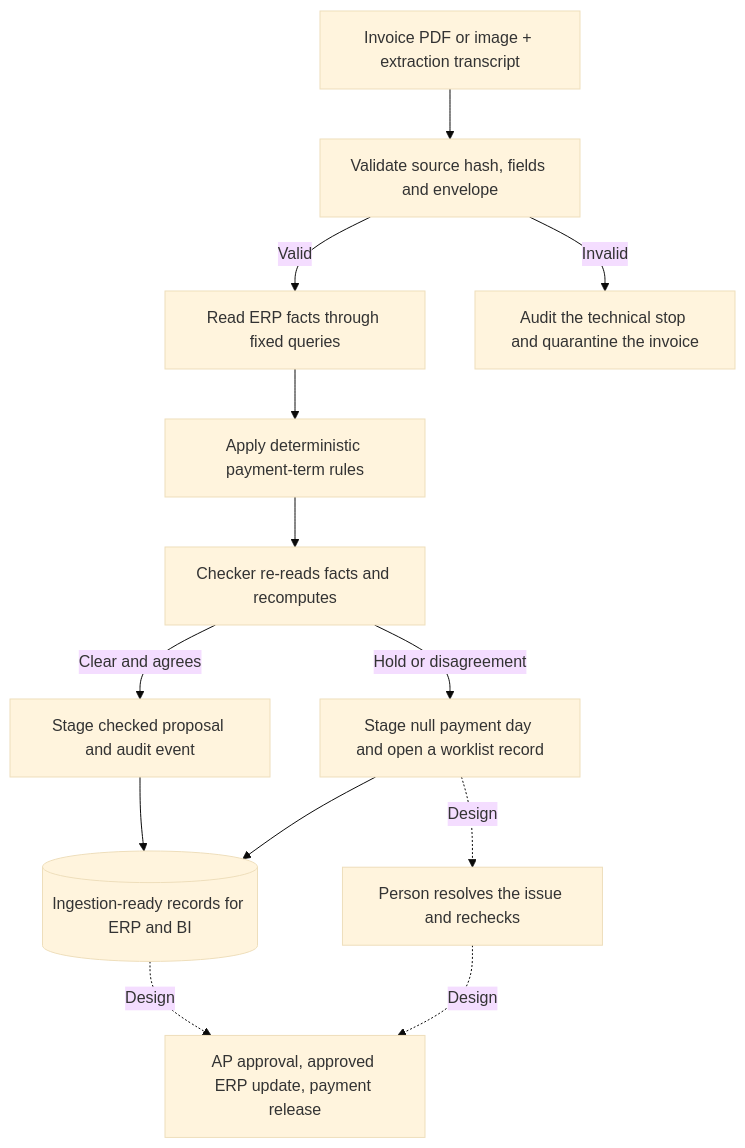
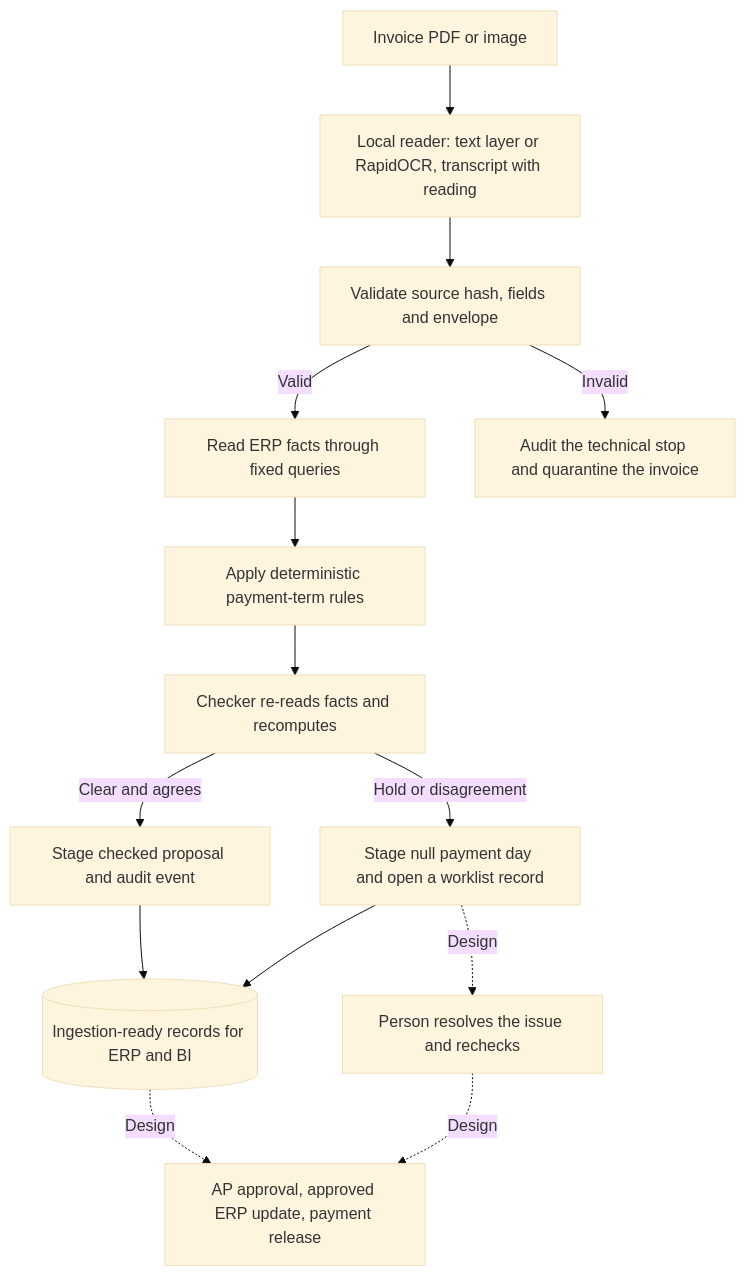
One commit to BTECHK/invoice-term-agent changed the diagram in docs/diagrams/pipeline.mmd. Above: the diagram before and after it, drawn with Mermaid (base theme). The commit also changed 36 other files, not shown here.

```diff
--- a/docs/diagrams/pipeline.mmd
+++ b/docs/diagrams/pipeline.mmd
@@ -1,13 +1,14 @@
 flowchart TD
-  A[Invoice PDF or image + extraction transcript] --> B[Validate source hash, fields and envelope]
+  A[Invoice PDF or image] --> R[Local reader: text layer or RapidOCR, transcript with reading]
+  R --> B[Validate source hash, fields and envelope]
   B -->|Valid| C[Read ERP facts through fixed queries]
   B -->|Invalid| X[Audit the technical stop and quarantine the invoice]
   C --> D[Apply deterministic payment-term rules]
   D --> E[Checker re-reads facts and recomputes]
   E -->|Clear and agrees| F[Stage checked proposal and audit event]
   E -->|Hold or disagreement| G[Stage null payment day and open a worklist record]
   F --> L[(Ingestion-ready records for ERP and BI)]
   G --> L
   G -. Design .-> H[Person resolves the issue and rechecks]
   L -. Design .-> I[AP approval, approved ERP update, payment release]
   H -. Design .-> I
```
